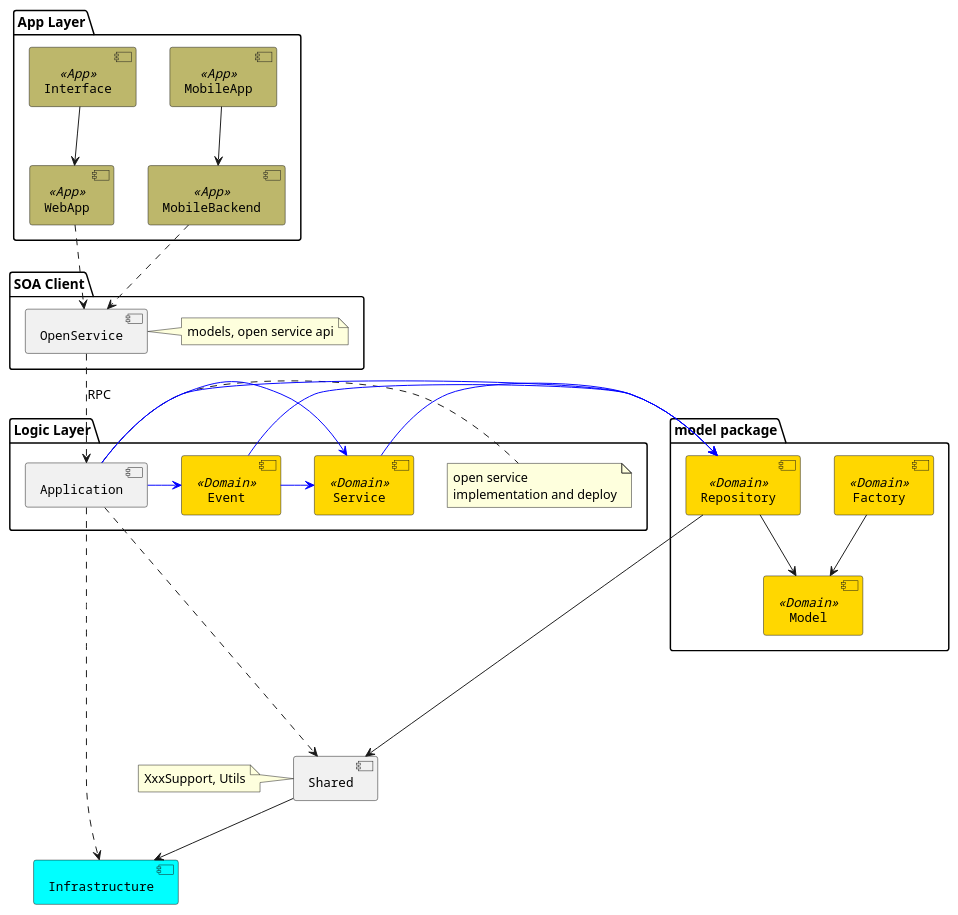
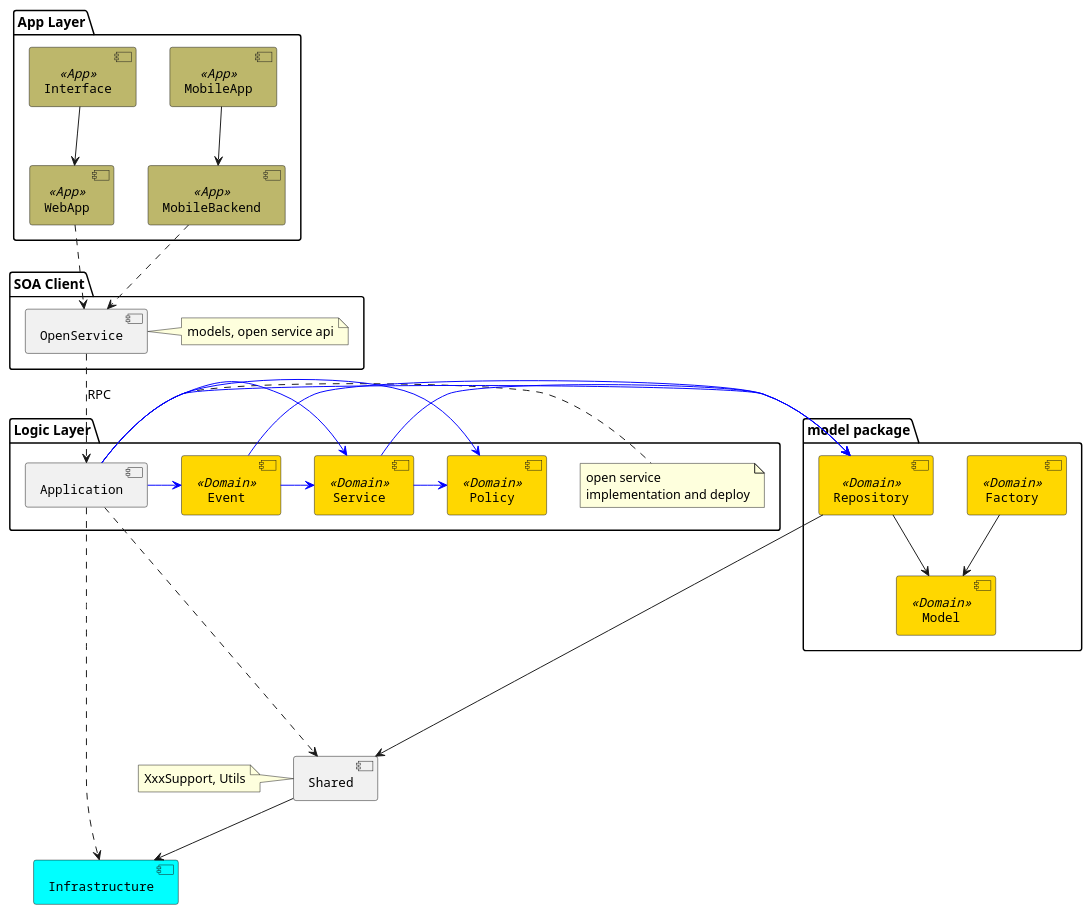
One commit to linux-china/ddd-base changed the diagram in src/main/puml/ddd-components.puml. Above: the diagram before and after it, drawn with PlantUML.

Commit message:
add Policy

```diff
--- a/src/main/puml/ddd-components.puml
+++ b/src/main/puml/ddd-components.puml
@@ -1,58 +1,61 @@
 @startuml
 
 [Infrastructure] #Aqua
 [Shared]
 note left of Shared : XxxSupport, Utils
 
 package "model package" {
    [Model] <<Domain>>
    [Repository] <<Domain>>
    [Factory] <<Domain>>
 }
 package "Logic Layer" {
    [Service] <<Domain>>
    [Event] <<Domain>>
+   [Policy] <<Domain>>
    [Application]
    note right of Application : open service\nimplementation and deploy
 }
 
 package "SOA Client" {
    [OpenService]
    note right of OpenService : models, open service api
 }
 
 package "App Layer" {
     [WebApp] <<App>>
     [MobileBackend] <<App>>
     [Interface] <<App>>
     [MobileApp] <<App>>
 }
 
 [Shared] --> [Infrastructure]
 [Repository] --> [Shared]
 [Repository] --> [Model]
 [Service] -[#0000FF]> [Repository]
+[Service] -[#0000FF]> [Policy]
 [Factory] --> [Model]
 [Event] -[#0000FF]> [Service]
 [Event] -[#0000FF]> [Repository]
 [Application] -[#0000FF]> [Repository]
 [Application] -[#0000FF]> [Service]
 [Application] -[#0000FF]> [Event]
+[Application] -[#0000FF]> [Policy]
 [Application] ....> [Infrastructure]
 [Application] ....> [Shared]
 
 [OpenService] ..> [Application]: RPC
 
 [WebApp] ..> [OpenService]
 [Interface] --> [WebApp]
 [MobileBackend] ..> [OpenService]
 [MobileApp] --> [MobileBackend]
 
 skinparam component {
   FontSize 13
   BackgroundColor<<Domain>> gold
   BackgroundColor<<App>> DarkKhaki
   FontName Courier
 }
 
 @enduml
```
